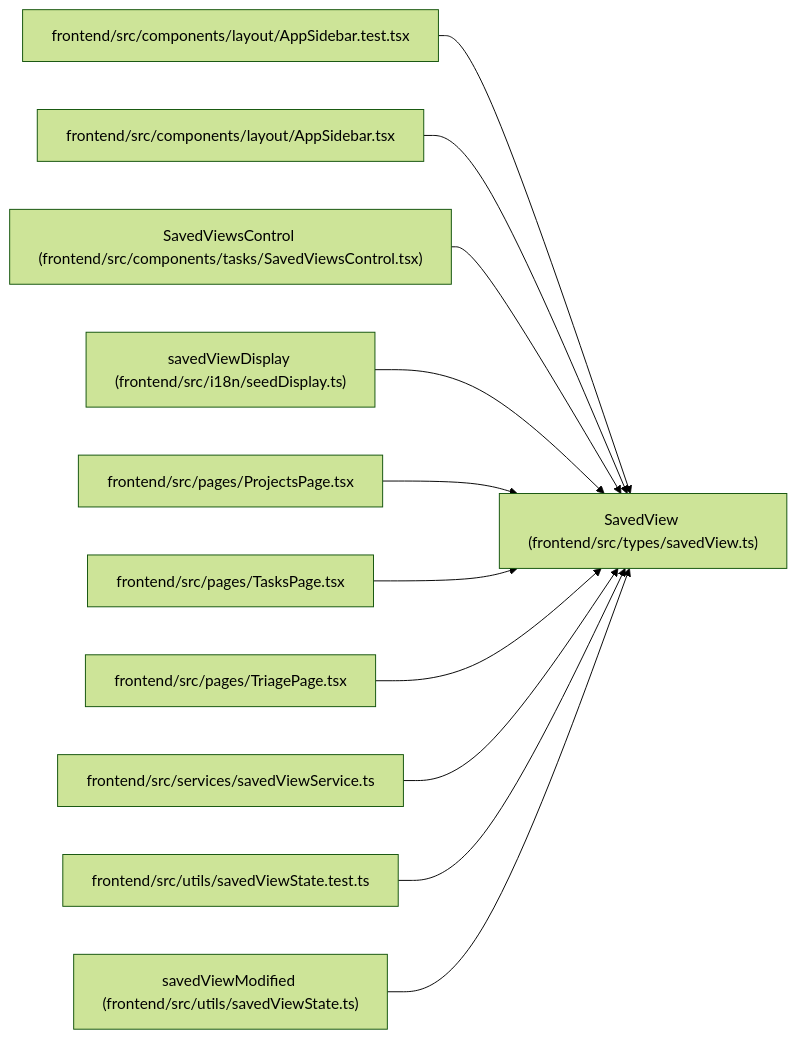
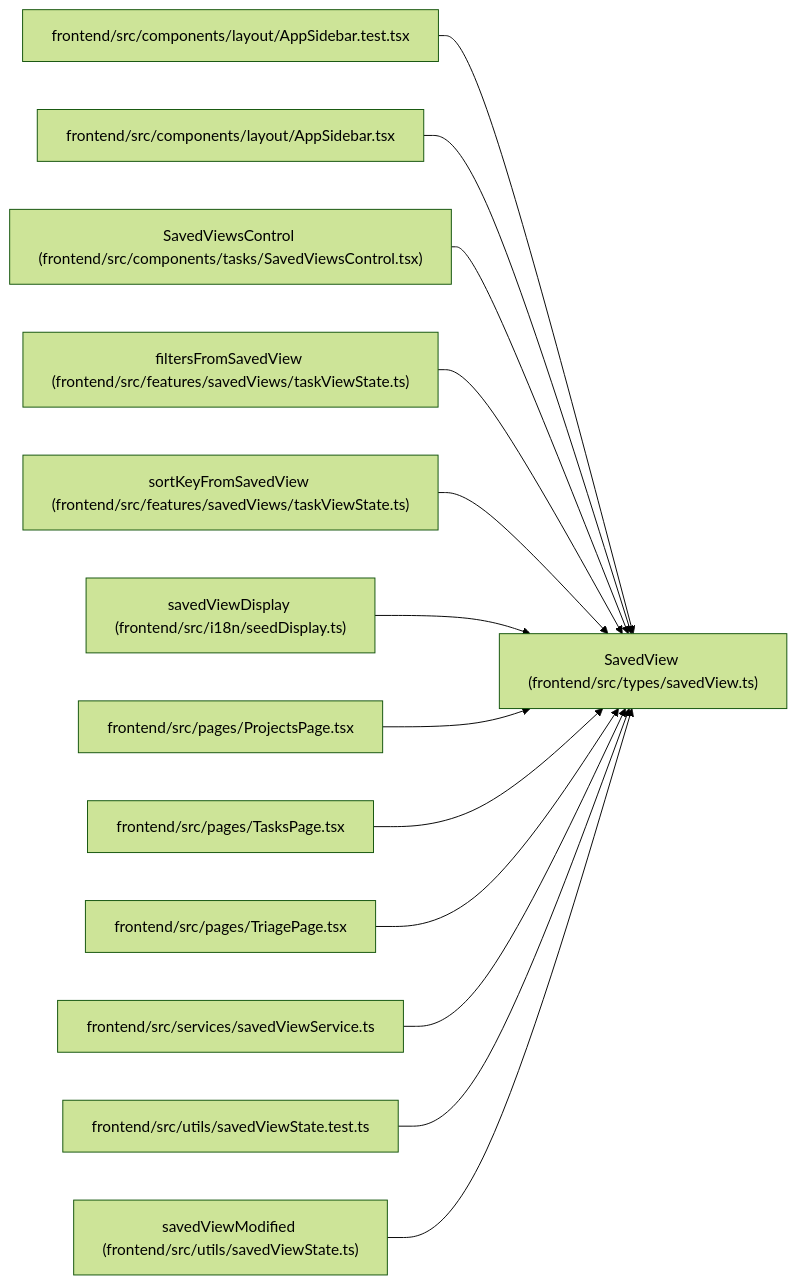
Before and after one commit to Denissvgn/WorkChord: the diagram in docs/llm_wiki/entities/savedView_SavedView.md, drawn with Mermaid (forest theme). The commit also changed other lines of this file and 2509 other files, not shown here.

````diff
--- a/docs/llm_wiki/entities/savedView_SavedView.md
+++ b/docs/llm_wiki/entities/savedView_SavedView.md
@@ -41,35 +41,41 @@
 ```mermaid
 flowchart LR
     n0["SavedView (frontend/src/types/savedView.ts)"]
     n1["frontend/src/components/layout/AppSidebar.test.tsx"]
     n2["frontend/src/components/layout/AppSidebar.tsx"]
     n3["SavedViewsControl (frontend/src/components/tasks/SavedViewsControl.tsx)"]
-    n4["savedViewDisplay (frontend/src/i18n/seedDisplay.ts)"]
-    n5["frontend/src/pages/ProjectsPage.tsx"]
-    n6["frontend/src/pages/TasksPage.tsx"]
-    n7["frontend/src/pages/TriagePage.tsx"]
-    n8["frontend/src/services/savedViewService.ts"]
-    n9["frontend/src/utils/savedViewState.test.ts"]
-    n10["savedViewModified (frontend/src/utils/savedViewState.ts)"]
+    n4["filtersFromSavedView (frontend/src/features/savedViews/taskViewState.ts)"]
+    n5["sortKeyFromSavedView (frontend/src/features/savedViews/taskViewState.ts)"]
+    n6["savedViewDisplay (frontend/src/i18n/seedDisplay.ts)"]
+    n7["frontend/src/pages/ProjectsPage.tsx"]
+    n8["frontend/src/pages/TasksPage.tsx"]
+    n9["frontend/src/pages/TriagePage.tsx"]
+    n10["frontend/src/services/savedViewService.ts"]
+    n11["frontend/src/utils/savedViewState.test.ts"]
+    n12["savedViewModified (frontend/src/utils/savedViewState.ts)"]
     n1 --> n0
     n2 --> n0
     n3 --> n0
     n4 --> n0
     n5 --> n0
     n6 --> n0
     n7 --> n0
     n8 --> n0
     n9 --> n0
     n10 --> n0
+    n11 --> n0
+    n12 --> n0
     click n0 "../modules/savedView.md"
     click n1 "../modules/AppSidebar.test.md"
     click n2 "../modules/AppSidebar.md"
     click n3 "../modules/SavedViewsControl.md"
-    click n4 "../modules/seedDisplay.md"
-    click n5 "../modules/ProjectsPage.md"
-    click n6 "../modules/TasksPage.md"
-    click n7 "../modules/TriagePage.md"
-    click n8 "../modules/savedViewService.md"
-    click n9 "../modules/savedViewState.test.md"
-    click n10 "../modules/savedViewState.md"
+    click n4 "../modules/taskViewState.md"
+    click n5 "../modules/taskViewState.md"
+    click n6 "../modules/seedDisplay.md"
+    click n7 "../modules/ProjectsPage.md"
+    click n8 "../modules/TasksPage.md"
+    click n9 "../modules/TriagePage.md"
+    click n10 "../modules/savedViewService.md"
+    click n11 "../modules/savedViewState.test.md"
+    click n12 "../modules/savedViewState.md"
 ```
````
